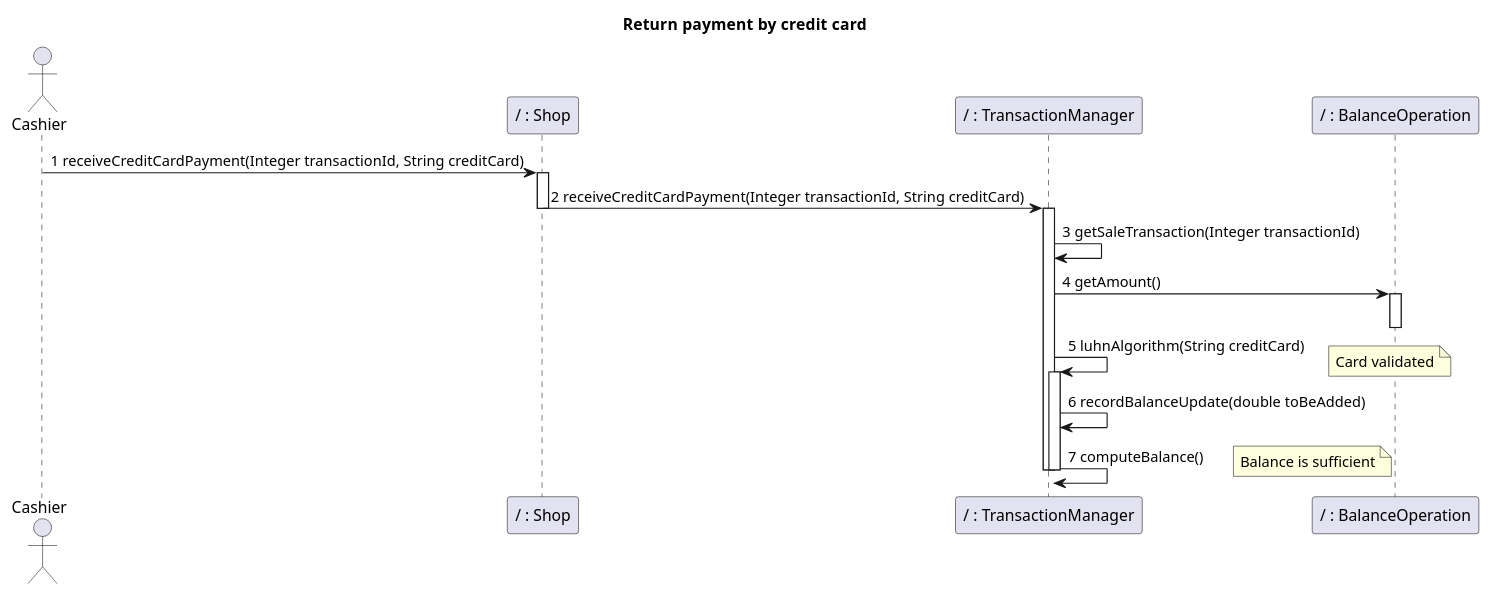
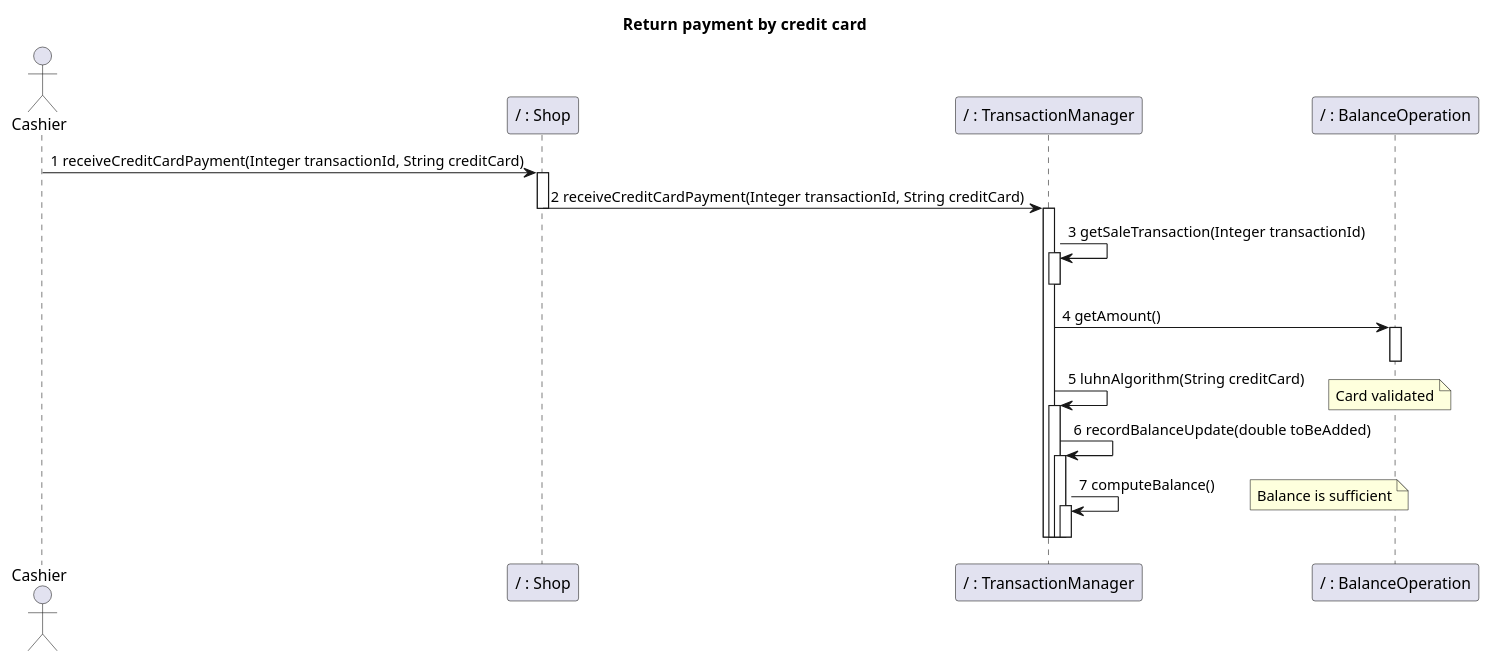
Before and after one commit to nicolabattaglino/ezshop: diagram 31 of 32 in Deliverables/DesignDocument.md, drawn with PlantUML. The commit also changed other lines of this file, not shown here.

Commit message:
fixed uc 10

````diff
--- a/Deliverables/DesignDocument.md
+++ b/Deliverables/DesignDocument.md
@@ -1492,32 +1492,38 @@
 ```plantuml
 @startuml
 
 title
 Return payment by  credit card
 end title
 
 
 actor Cashier
 participant "/ : Shop" as Shop
 participant "/ : TransactionManager" as TransactionManager
 participant "/ : BalanceOperation" as BalanceOperation
 Cashier -> Shop :1 receiveCreditCardPayment(Integer transactionId, String creditCard)
 activate Shop
 Shop -> TransactionManager:2 receiveCreditCardPayment(Integer transactionId, String creditCard)
 deactivate Shop
 activate TransactionManager
 TransactionManager-> TransactionManager:3 getSaleTransaction(Integer transactionId)
+activate TransactionManager
+deactivate TransactionManager
 TransactionManager-> BalanceOperation:4 getAmount()
 activate BalanceOperation
 deactivate BalanceOperation
 TransactionManager -> TransactionManager:5 luhnAlgorithm(String creditCard)
 activate TransactionManager
 note right : Card validated
 TransactionManager -> TransactionManager:6 recordBalanceUpdate(double toBeAdded)
+activate TransactionManager
 TransactionManager -> TransactionManager:7 computeBalance()
+activate TransactionManager
+deactivate TransactionManager
+deactivate TransactionManager
 deactivate TransactionManager
 note right: Balance is sufficient
 deactivate TransactionManager
 
 @enduml
 ```
````
